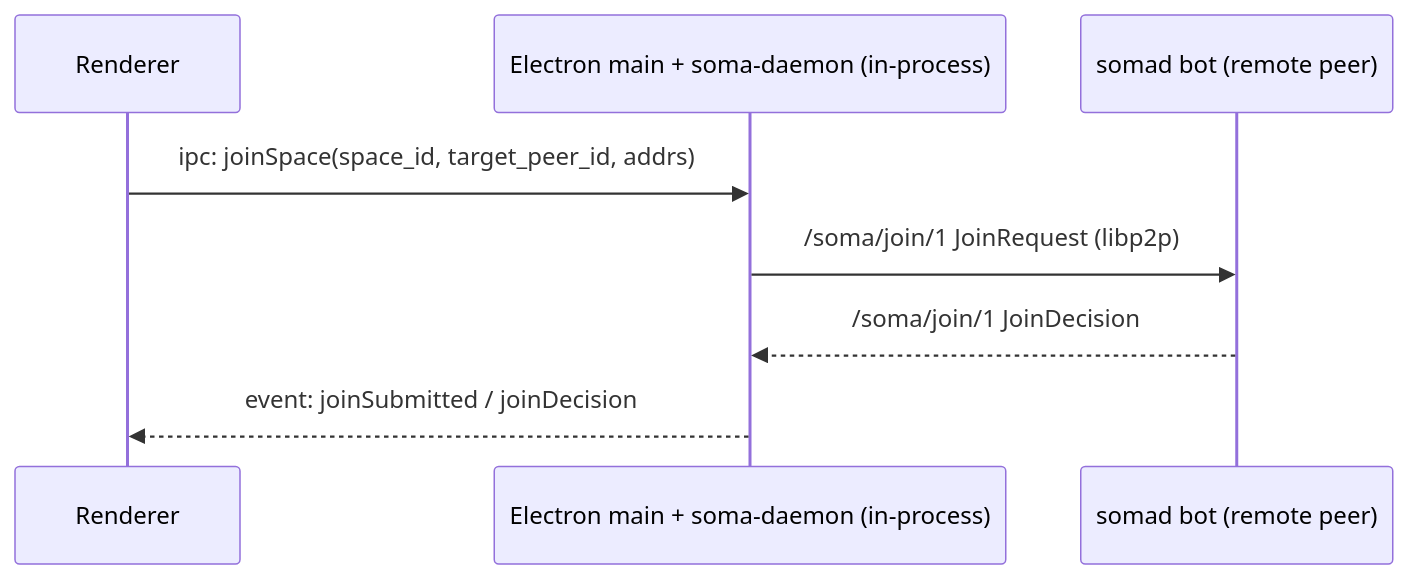
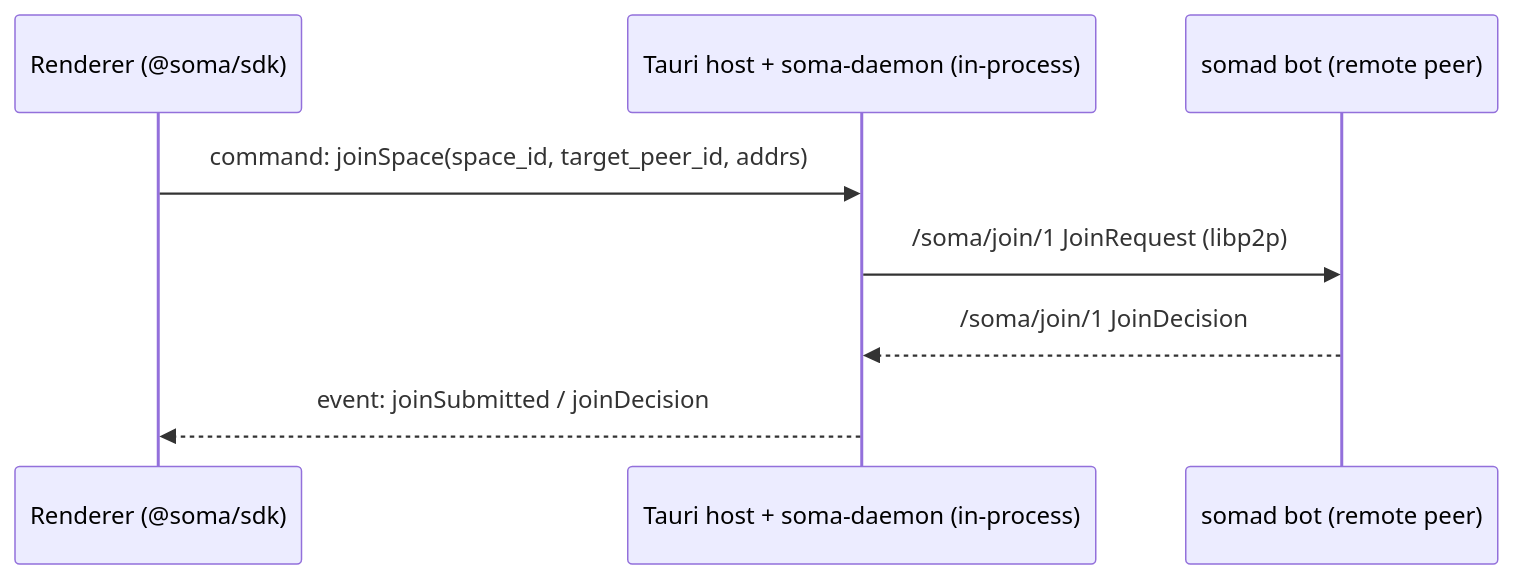
The second of 4 diagrams in docs/src/architecture/e2e-flows.md (stephane-segning/soma), drawn with Mermaid before and after one commit. The commit also changed other lines of this file and 27 other files, not shown here.

````diff
--- a/docs/src/architecture/e2e-flows.md
+++ b/docs/src/architecture/e2e-flows.md
@@ -48,11 +49,11 @@
 ```mermaid
 sequenceDiagram
-  participant R as Renderer
-  participant M as Electron main + soma-daemon (in-process)
+  participant R as Renderer (@soma/sdk)
+  participant M as Tauri host + soma-daemon (in-process)
   participant Bot as somad bot (remote peer)
 
-  R->>M: ipc: joinSpace(space_id, target_peer_id, addrs)
+  R->>M: command: joinSpace(space_id, target_peer_id, addrs)
   M->>Bot: /soma/join/1 JoinRequest (libp2p)
   Bot-->>M: /soma/join/1 JoinDecision
   M-->>R: event: joinSubmitted / joinDecision
 ```
````
